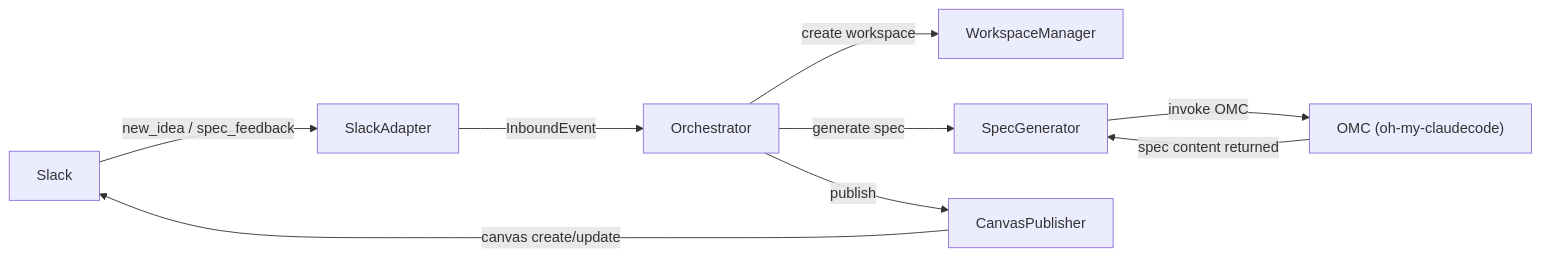
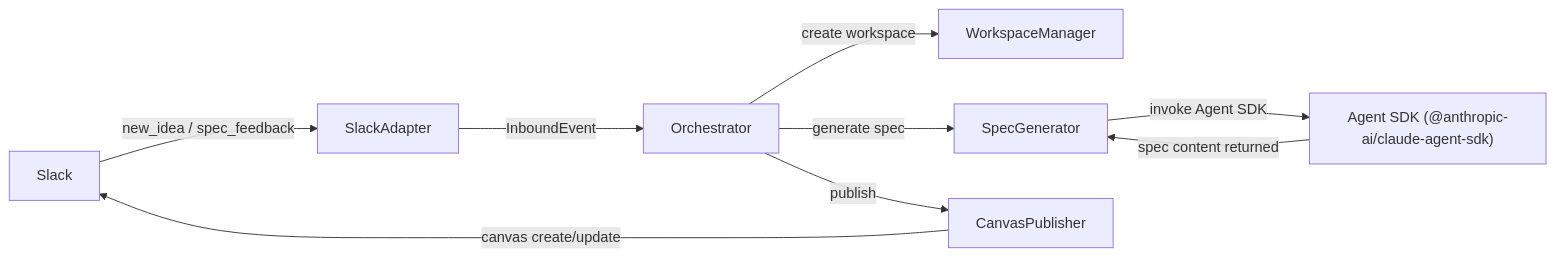
One commit to markdstafford/autocatalyst changed the first of 3 diagrams in context-human/specs/feature-idea-to-spec.md. Above: the diagram before and after it, drawn with Mermaid. The commit also changed other lines of this file, not shown here.

Commit message:
docs: update feature-idea-to-spec.md to reference Agent SDK instead of OMC

````diff
--- a/context-human/specs/feature-idea-to-spec.md
+++ b/context-human/specs/feature-idea-to-spec.md
@@ -113,11 +113,11 @@
 ```mermaid
 flowchart LR
     Slack -->|new_idea / spec_feedback| SlackAdapter
     SlackAdapter -->|InboundEvent| Orchestrator
     Orchestrator -->|create workspace| WorkspaceManager
     Orchestrator -->|generate spec| SpecGenerator
-    SpecGenerator -->|invoke OMC| OMC["OMC (oh-my-claudecode)"]
-    OMC -->|spec content returned| SpecGenerator
+    SpecGenerator -->|invoke Agent SDK| AgentSDK["Agent SDK (@anthropic-ai/claude-agent-sdk)"]
+    AgentSDK -->|spec content returned| SpecGenerator
     Orchestrator -->|publish| CanvasPublisher
     CanvasPublisher -->|canvas create/update| Slack
 ```
````
